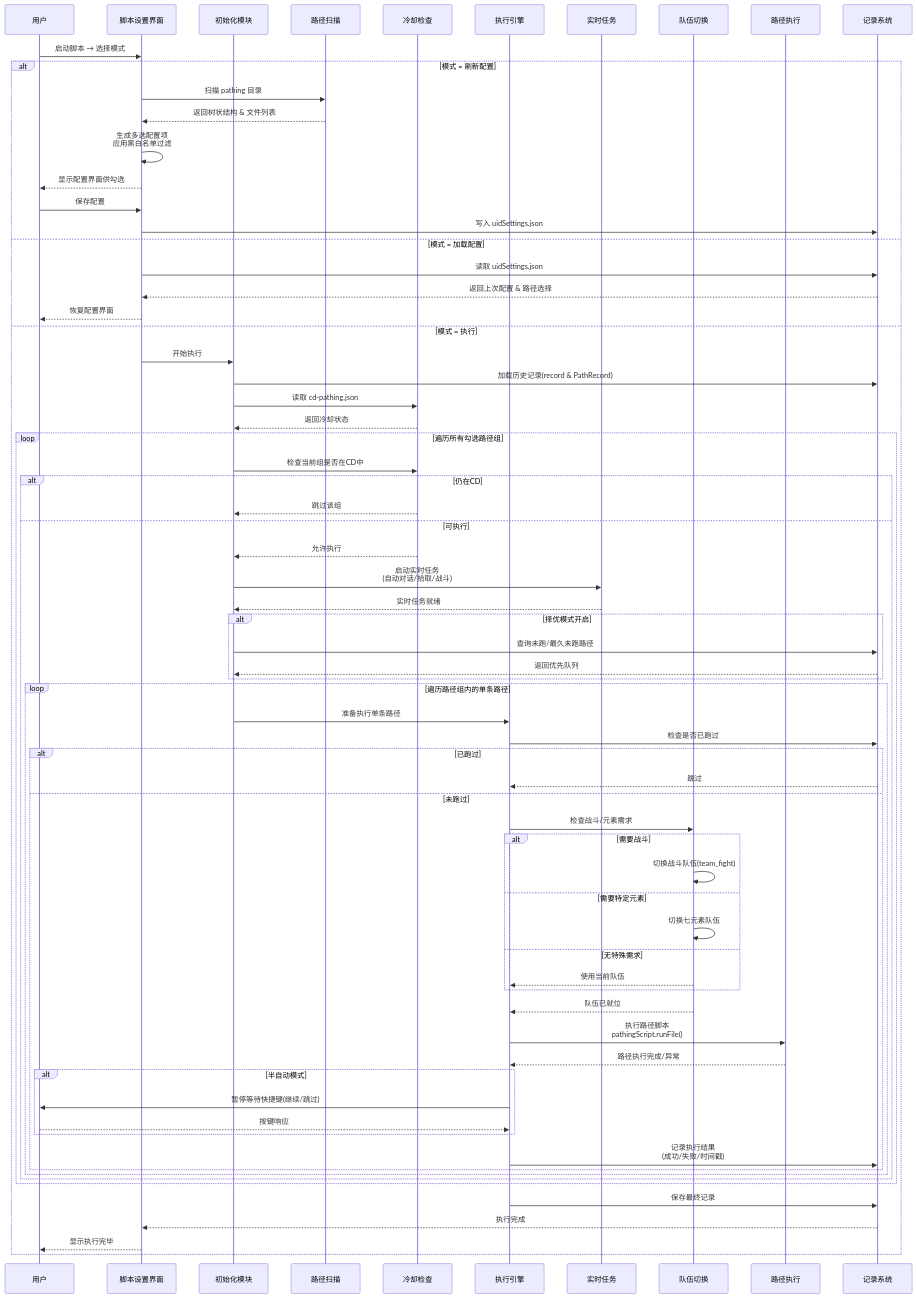
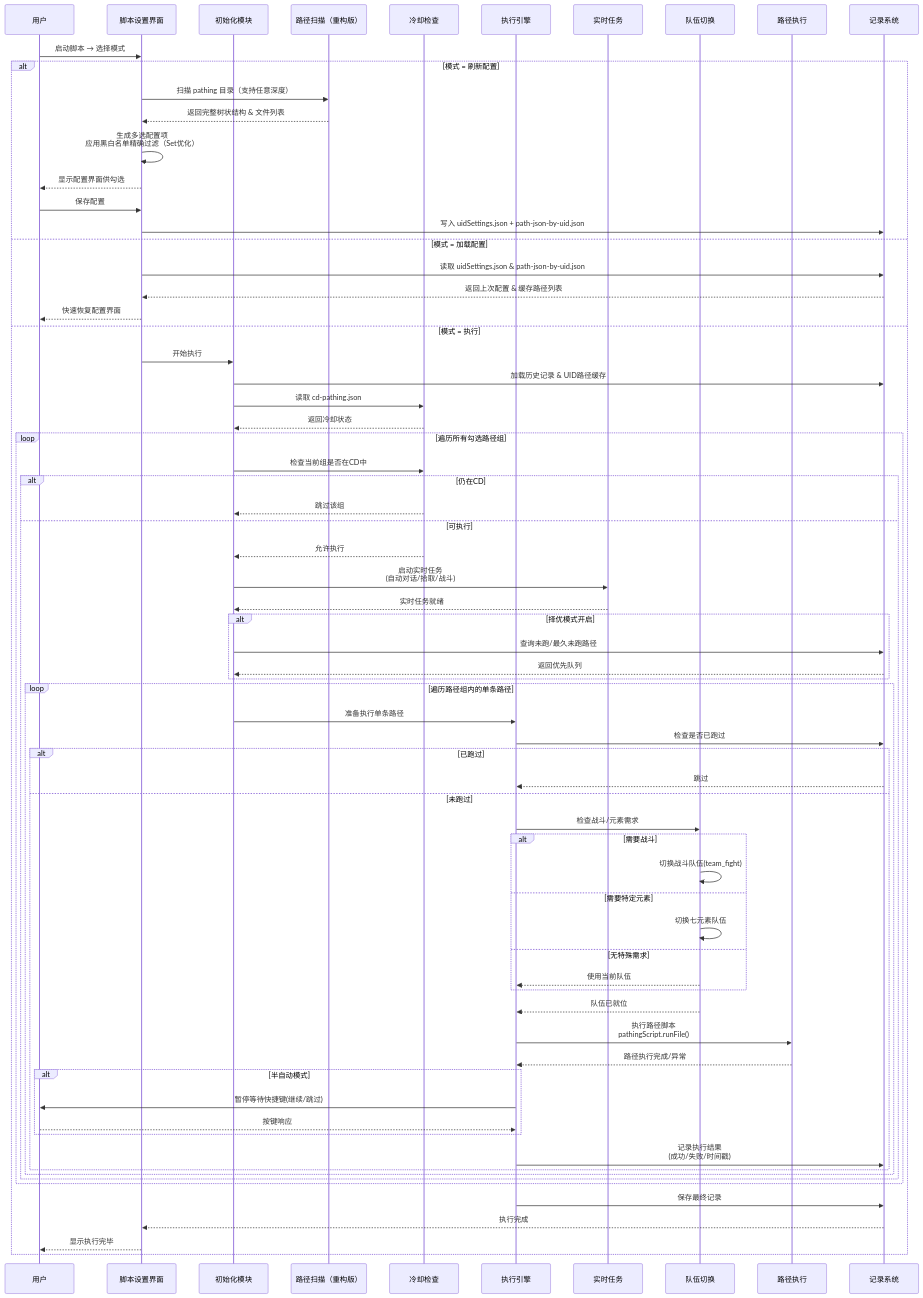
Before and after one commit to babalae/bettergi-scripts-list: the second of 2 diagrams in repo/js/FullyAutoAndSemiAutoTools/README.md, drawn with Mermaid. The commit also changed other lines of this file and 1 other file, not shown here.

````diff
--- a/repo/js/FullyAutoAndSemiAutoTools/README.md
+++ b/repo/js/FullyAutoAndSemiAutoTools/README.md
@@ -111,81 +116,81 @@
 ```mermaid
 sequenceDiagram
     participant U as 用户
     participant S as 脚本设置界面
     participant Init as 初始化模块
-    participant Scan as 路径扫描
+    participant Scan as 路径扫描（重构版）
     participant CD as 冷却检查
     participant Exec as 执行引擎
     participant RT as 实时任务
     participant Team as 队伍切换
     participant Path as 路径执行
     participant Record as 记录系统
 
     U->>S: 启动脚本 → 选择模式
 
     alt 模式 = 刷新配置
-        S->>Scan: 扫描 pathing 目录
-        Scan-->>S: 返回树状结构 & 文件列表
-        S->>S: 生成多选配置项<br>应用黑白名单过滤
+        S->>Scan: 扫描 pathing 目录（支持任意深度）
+        Scan-->>S: 返回完整树状结构 & 文件列表
+        S->>S: 生成多选配置项<br>应用黑白名单精确过滤（Set优化）
         S-->>U: 显示配置界面供勾选
         U->>S: 保存配置
-        S->>Record: 写入 uidSettings.json
+        S->>Record: 写入 uidSettings.json + path-json-by-uid.json
     else 模式 = 加载配置
-        S->>Record: 读取 uidSettings.json
-        Record-->>S: 返回上次配置 & 路径选择
-        S-->>U: 恢复配置界面
+        S->>Record: 读取 uidSettings.json & path-json-by-uid.json
+        Record-->>S: 返回上次配置 & 缓存路径列表
+        S-->>U: 快速恢复配置界面
     else 模式 = 执行
         S->>Init: 开始执行
-        Init->>Record: 加载历史记录(record & PathRecord)
+        Init->>Record: 加载历史记录 & UID路径缓存
         Init->>CD: 读取 cd-pathing.json
         CD-->>Init: 返回冷却状态
 
         loop 遍历所有勾选路径组
             Init->>CD: 检查当前组是否在CD中
             alt 仍在CD
                 CD-->>Init: 跳过该组
             else 可执行
                 CD-->>Init: 允许执行
                 Init->>RT: 启动实时任务<br>(自动对话/拾取/战斗)
                 RT-->>Init: 实时任务就绪
 
                 alt 择优模式开启
                     Init->>Record: 查询未跑/最久未跑路径
                     Record-->>Init: 返回优先队列
                 end
 
                 loop 遍历路径组内的单条路径
                     Init->>Exec: 准备执行单条路径
                     Exec->>Record: 检查是否已跑过
                     alt 已跑过
                         Record-->>Exec: 跳过
                     else 未跑过
                         Exec->>Team: 检查战斗/元素需求
                         alt 需要战斗
                             Team->>Team: 切换战斗队伍(team_fight)
                         else 需要特定元素
                             Team->>Team: 切换七元素队伍
                         else 无特殊需求
                             Team-->>Exec: 使用当前队伍
                         end
 
                         Team-->>Exec: 队伍已就位
                         Exec->>Path: 执行路径脚本<br>pathingScript.runFile()
                         Path-->>Exec: 路径执行完成/异常
 
                         alt 半自动模式
                             Exec->>U: 暂停等待快捷键(继续/跳过)
                             U-->>Exec: 按键响应
                         end
 
                         Exec->>Record: 记录执行结果<br>(成功/失败/时间戳)
                     end
                 end
             end
         end
 
         Exec->>Record: 保存最终记录
         Record-->>S: 执行完成
         S-->>U: 显示执行完毕
     end
 ```
````
